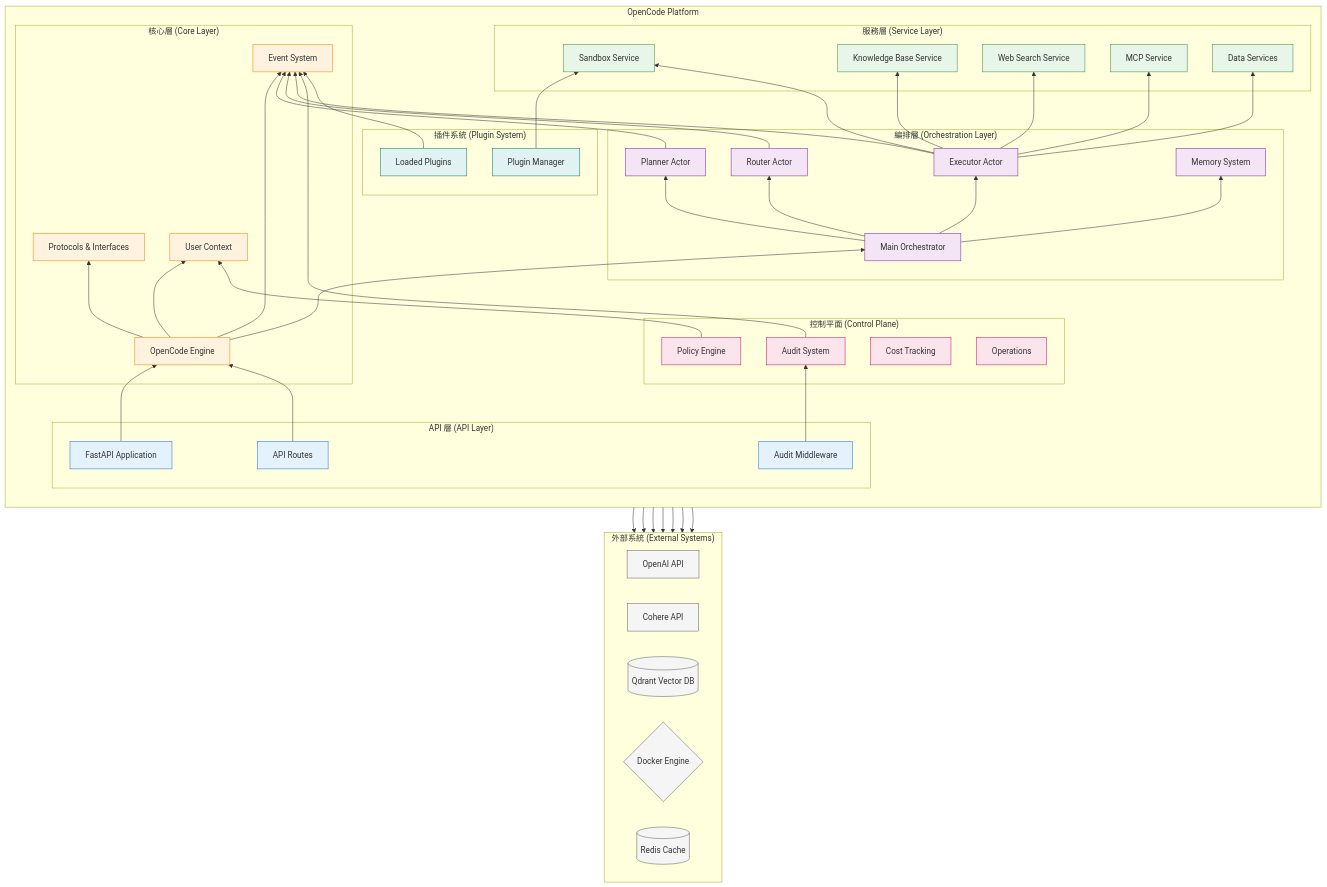
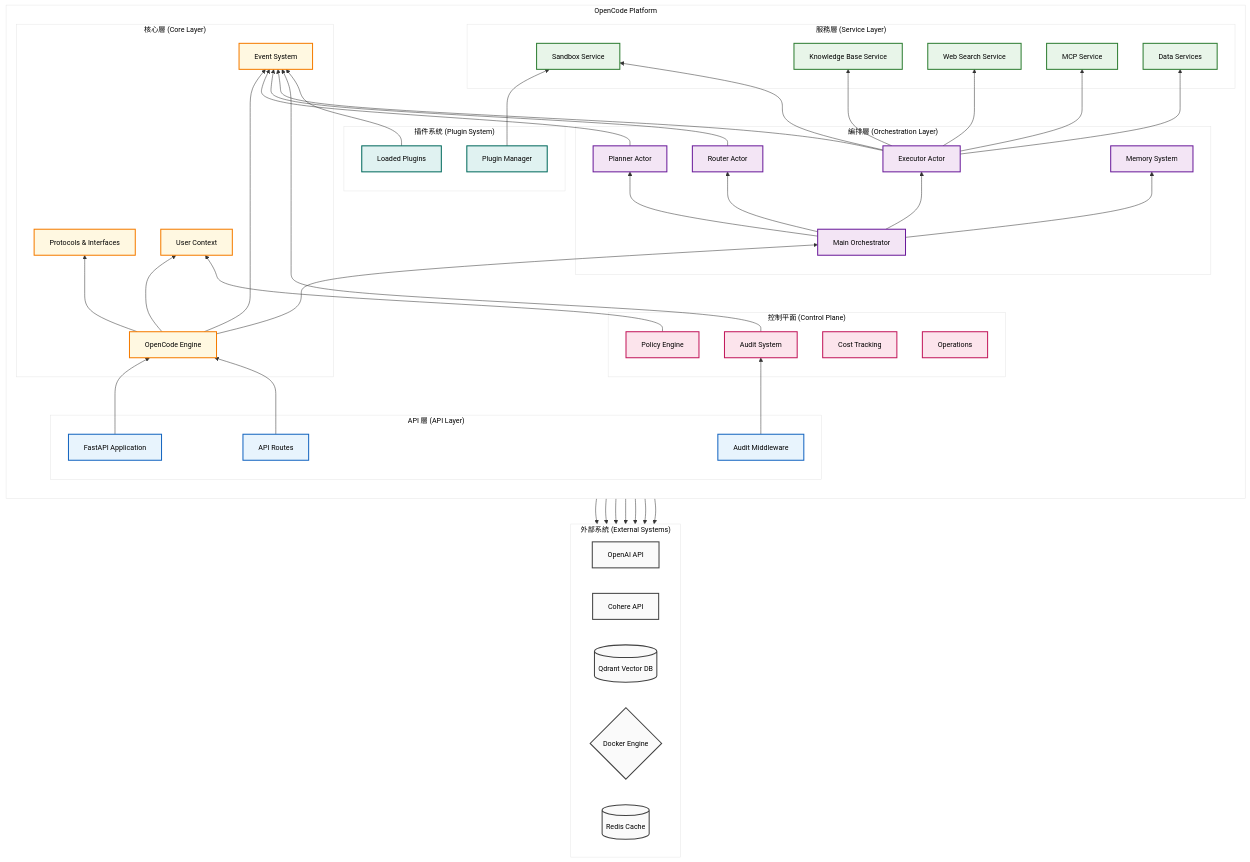
The diagram in Architecture_Refactoring_Toolkit/project_docs/03_file_dependencies_template.md (Zenobia000/openagent_backend), drawn with Mermaid before and after one commit. The commit also changed 146 other files, not shown here.

````diff
--- a/Architecture_Refactoring_Toolkit/project_docs/03_file_dependencies_template.md
+++ b/Architecture_Refactoring_Toolkit/project_docs/03_file_dependencies_template.md
@@ -69,4 +69,5 @@
 ```mermaid
+%%{init: {'theme':'base', 'themeVariables': {'primaryColor':'#ffffff', 'primaryTextColor':'#000000', 'primaryBorderColor':'#333333', 'lineColor':'#333333', 'secondaryColor':'#f5f5f5', 'tertiaryColor':'#ffffff', 'background':'#ffffff', 'mainBkg':'#ffffff', 'secondBkg':'#f9f9f9', 'tertiaryBkg':'#ffffff', 'fontFamily':'Arial, sans-serif', 'fontSize':'14px'}}}%%
 graph TD
     subgraph "外部系統 (External Systems)"
         direction LR
@@ -166,13 +167,13 @@
     Executor --> MCP
     Executor --> DataSvc
 
-    classDef api fill:#e3f2fd,stroke:#1976d2
-    classDef core fill:#fff3e0,stroke:#f57c00
-    classDef orchestration fill:#f3e5f5,stroke:#7b1fa2
-    classDef service fill:#e8f5e9,stroke:#388e3c
-    classDef control fill:#fce4ec,stroke:#c2185b
-    classDef plugin fill:#e0f2f1,stroke:#00796b
-    classDef external fill:#f5f5f5,stroke:#616161
+    classDef api fill:#E8F4FD,stroke:#1565C0,stroke-width:2px,color:#000000
+    classDef core fill:#FFF8E1,stroke:#F57C00,stroke-width:2px,color:#000000
+    classDef orchestration fill:#F3E5F5,stroke:#6A1B9A,stroke-width:2px,color:#000000
+    classDef service fill:#E8F5E9,stroke:#2E7D32,stroke-width:2px,color:#000000
+    classDef control fill:#FCE4EC,stroke:#C2185B,stroke-width:2px,color:#000000
+    classDef plugin fill:#E0F2F1,stroke:#00695C,stroke-width:2px,color:#000000
+    classDef external fill:#FAFAFA,stroke:#424242,stroke-width:2px,color:#000000
 
     class FastAPI,Middleware,Routes api
     class Engine,Protocols,Events,Context core
````
